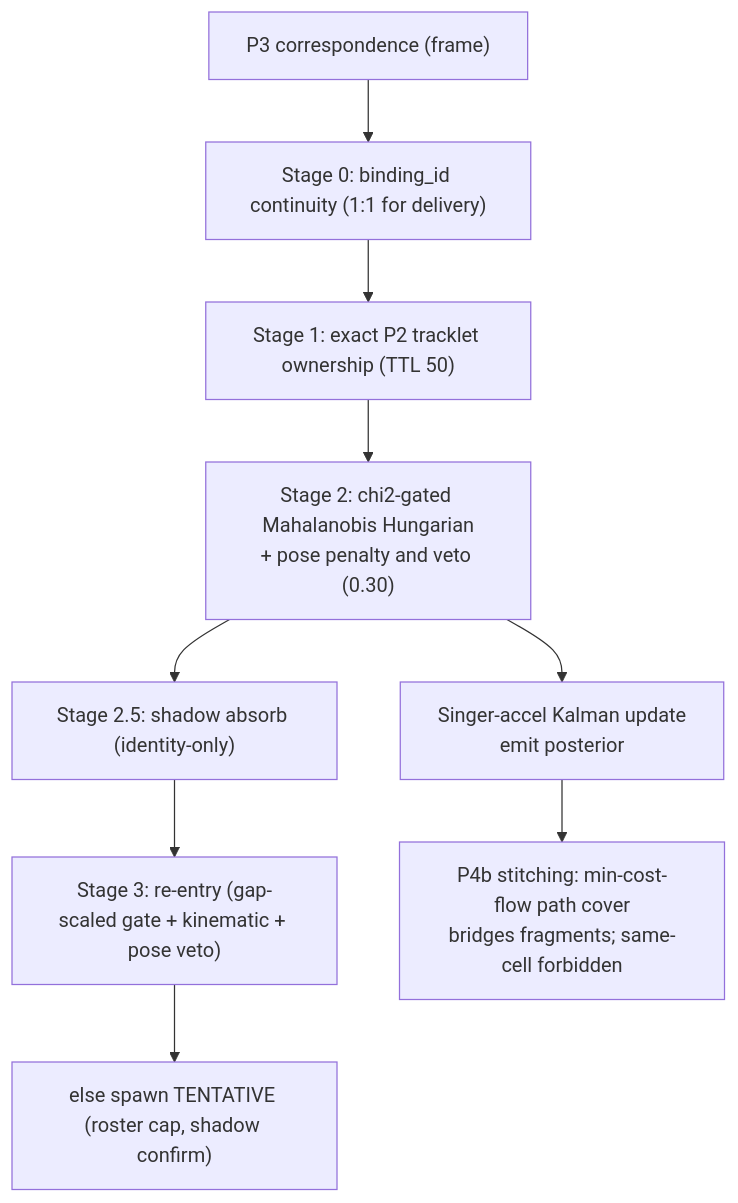
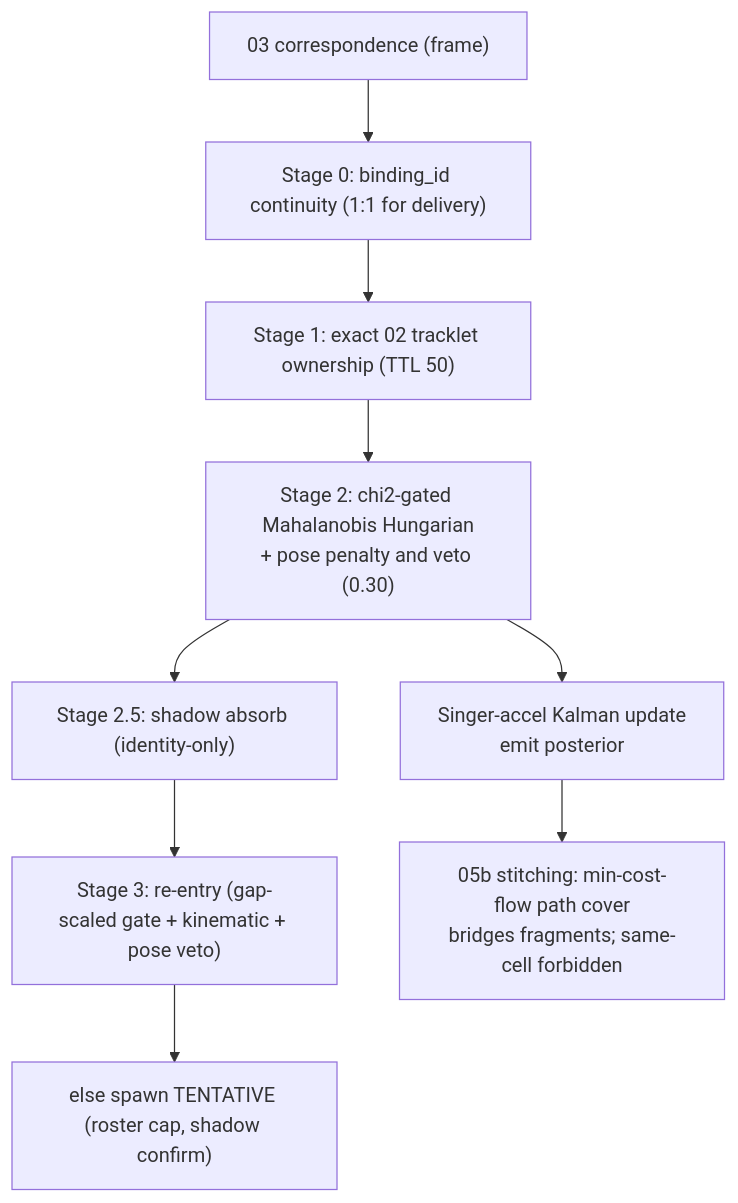
Before and after one commit to aksh-0407/pose-estimation-benchmark: the diagram in docs/pipeline/05-global-id.md, drawn with Mermaid. The commit also changed other lines of this file and 9 other files, not shown here.

````diff
--- a/docs/pipeline/05-global-id.md
+++ b/docs/pipeline/05-global-id.md
@@ -23,11 +23,11 @@
 ```mermaid
 flowchart TD
-  COR["P3 correspondence (frame)"] --> S0["Stage 0: binding_id continuity (1:1 for delivery)"]
-  S0 --> S1["Stage 1: exact P2 tracklet ownership (TTL 50)"]
+  COR["03 correspondence (frame)"] --> S0["Stage 0: binding_id continuity (1:1 for delivery)"]
+  S0 --> S1["Stage 1: exact 02 tracklet ownership (TTL 50)"]
   S1 --> S2["Stage 2: chi2-gated Mahalanobis Hungarian<br/>+ pose penalty and veto (0.30)"]
   S2 --> S25["Stage 2.5: shadow absorb (identity-only)"]
   S25 --> S3["Stage 3: re-entry (gap-scaled gate + kinematic + pose veto)"]
   S3 --> NEW["else spawn TENTATIVE (roster cap, shadow confirm)"]
   S2 --> KF["Singer-accel Kalman update<br/>emit posterior"]
-  KF --> P4B["P4b stitching: min-cost-flow path cover<br/>bridges fragments; same-cell forbidden"]
+  KF --> P4B["05b stitching: min-cost-flow path cover<br/>bridges fragments; same-cell forbidden"]
 ```
````
